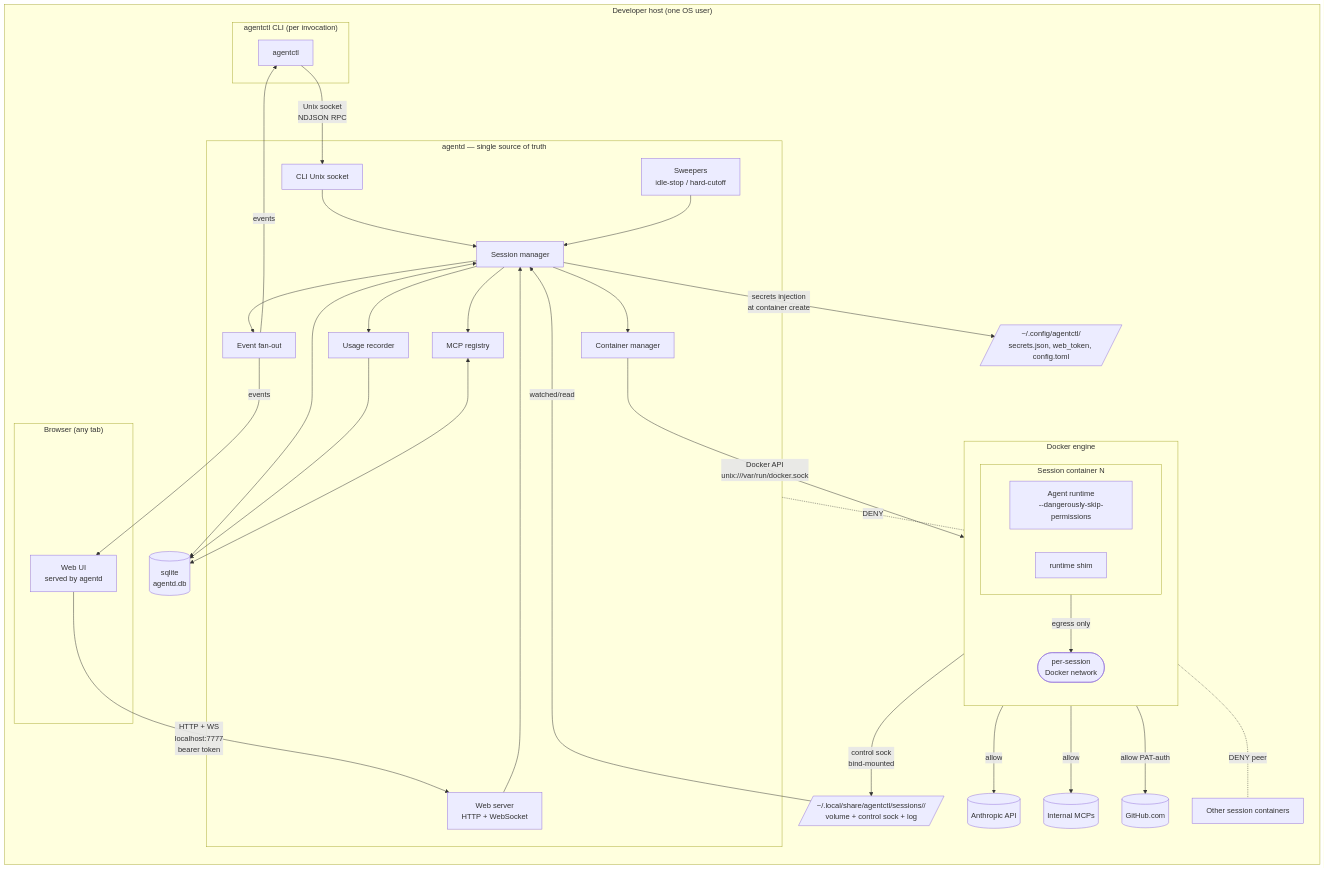
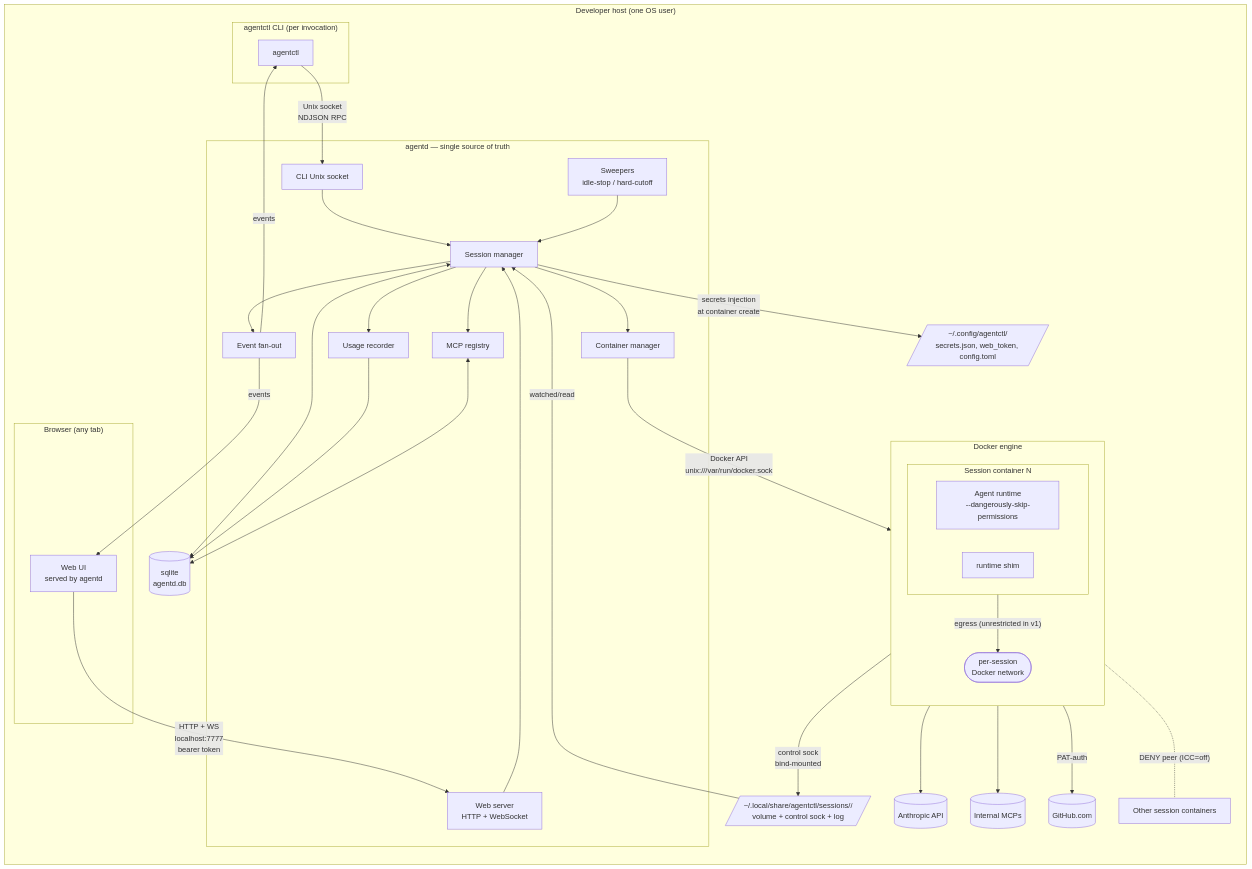
Before and after one commit to vipulsodha15/agentctl: the first of 8 diagrams in architecture/overview.md, drawn with Mermaid. The commit also changed other lines of this file and 10 other files, not shown here.

````diff
--- a/architecture/overview.md
+++ b/architecture/overview.md
@@ -45,63 +45,64 @@
 ```mermaid
 graph TB
   subgraph Host["Developer host (one OS user)"]
     direction TB
 
     subgraph CLI["agentctl CLI (per invocation)"]
       cli[agentctl]
     end
 
     subgraph Browser["Browser (any tab)"]
       ui[Web UI<br/>served by agentd]
     end
 
     subgraph Daemon["agentd — single source of truth"]
       sm[Session manager]
       cm[Container manager]
       mr[MCP registry]
       fan[Event fan-out]
       sw[Sweepers<br/>idle-stop / hard-cutoff]
       ur[Usage recorder]
       sock[CLI Unix socket]
       web[Web server<br/>HTTP + WebSocket]
     end
 
     db[(sqlite<br/>agentd.db)]
     secrets[/~/.config/agentctl/<br/>secrets.json, web_token, config.toml/]
     voldir[/~/.local/share/agentctl/sessions/<id>/<br/>volume + control sock + log/]
 
     subgraph Docker["Docker engine"]
       direction TB
       subgraph Sess["Session container N"]
         rt[Agent runtime<br/>--dangerously-skip-permissions]
         shim[runtime shim]
       end
       perNet([per-session<br/>Docker network])
     end
 
     cli -- "Unix socket<br/>NDJSON RPC" --> sock
     ui -- "HTTP + WS<br/>localhost:7777<br/>bearer token" --> web
     sock --> sm
     web --> sm
     sm <--> db
     sm --> cm
     sm --> mr
     sm --> fan
     sm --> ur
     sw --> sm
     ur --> db
     mr <--> db
     cm -- "Docker API<br/>unix:///var/run/docker.sock" --> Docker
     Sess -- "control sock<br/>bind-mounted" --> voldir
     voldir -- "watched/read" --> sm
     fan -- "events" --> cli
     fan -- "events" --> ui
     sm -- "secrets injection<br/>at container create" --> secrets
-    Sess -- "egress only" --> perNet
-    perNet -- "allow" --> Anthropic[(Anthropic API)]
-    perNet -- "allow" --> MCPs[(Internal MCPs)]
-    perNet -- "allow PAT-auth" --> GitHub[(GitHub.com)]
-    perNet -. "DENY" .- Daemon
-    perNet -. "DENY peer" .- OtherSess[Other session containers]
+    Sess -- "egress (unrestricted in v1)" --> perNet
+    perNet --> Anthropic[(Anthropic API)]
+    perNet --> MCPs[(Internal MCPs)]
+    perNet -- "PAT-auth" --> GitHub[(GitHub.com)]
+    perNet -. "DENY peer (ICC=off)" .- OtherSess[Other session containers]
+    %% Note: v1 does NOT block egress to host loopback or the public internet at large.
+    %% Strict egress allowlisting is deferred to v2 (see v2-requirements.md §V2.1).
   end
 ```
````
